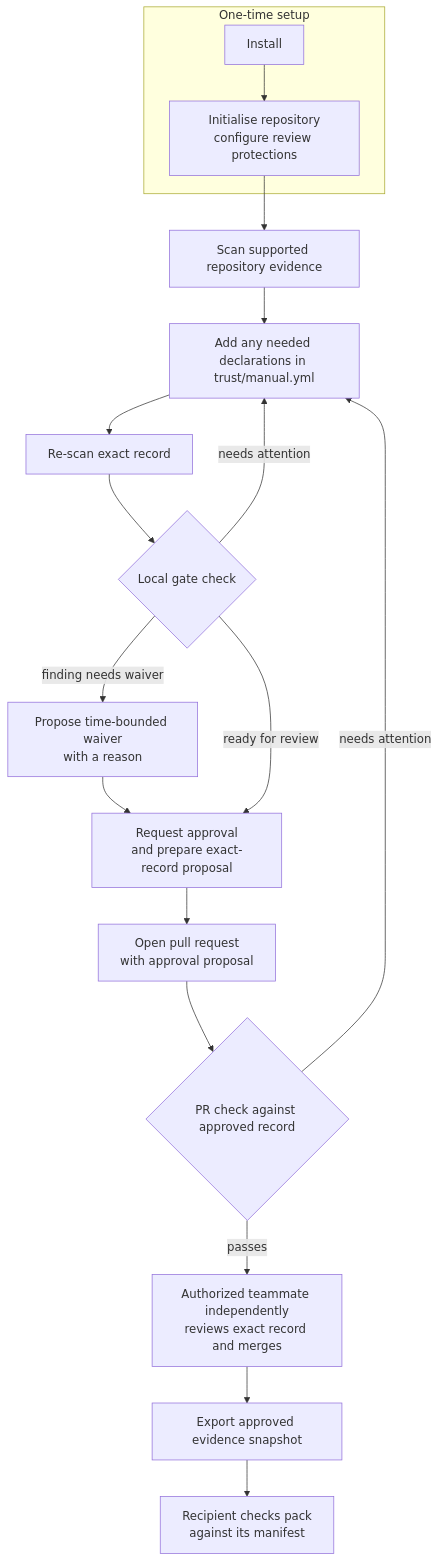
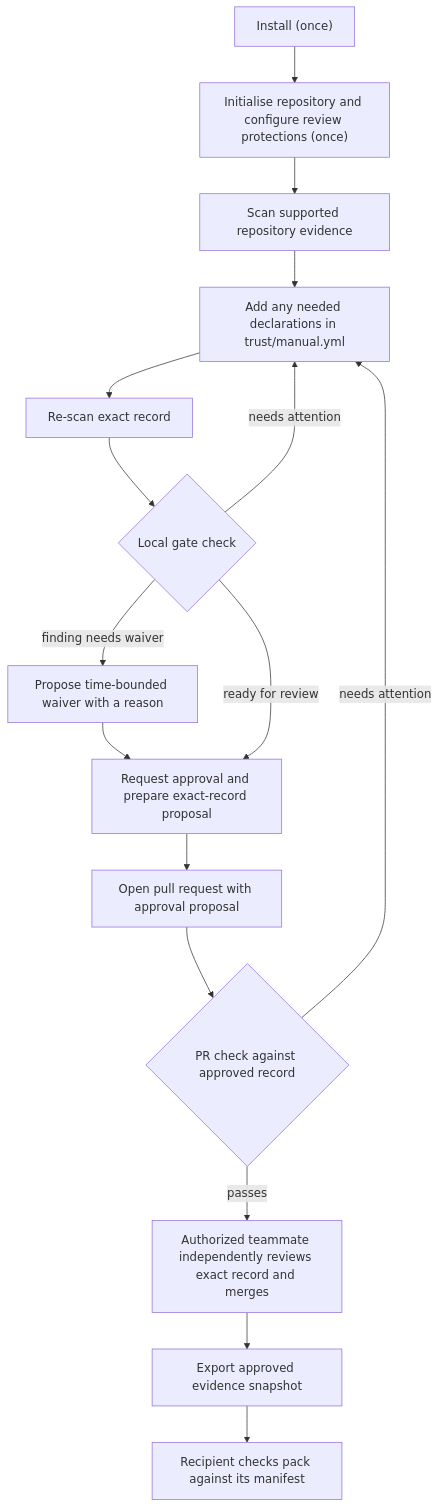
One commit to resolveinterim/aitrustbom-releases changed the diagram in docs/workflow.md. Above: the diagram before and after it, drawn with Mermaid. The commit also changed 1 other file, not shown here.

Commit message:
Fix for workflow diagram

````diff
--- a/docs/workflow.md
+++ b/docs/workflow.md
@@ -12,20 +12,18 @@
 ```mermaid
 flowchart TD
-  subgraph once [One-time setup]
-    A[Install] --> B[Initialise repository<br/>configure review protections]
-  end
-  B --> C[Scan supported repository evidence]
-  C --> D[Add any needed declarations in trust/manual.yml]
-  D --> C2[Re-scan exact record]
-  C2 --> L{Local gate check}
-  L -- needs attention --> D
-  L -- finding needs waiver --> W[Propose time-bounded waiver<br/>with a reason]
-  W --> R[Request approval<br/>and prepare exact-record proposal]
-  L -- ready for review --> R
-  R --> P[Open pull request<br/>with approval proposal]
-  P --> E{PR check against approved record}
-  E -- needs attention --> D
-  E -- passes --> G[Authorized teammate independently<br/>reviews exact record and merges]
-  G --> H[Export approved evidence snapshot]
-  H --> I[Recipient checks pack<br/>against its manifest]
+  A["Install (once)"] --> B["Initialise repository and configure review protections (once)"]
+  B --> C["Scan supported repository evidence"]
+  C --> D["Add any needed declarations in trust/manual.yml"]
+  D --> C2["Re-scan exact record"]
+  C2 --> L{"Local gate check"}
+  L -->|needs attention| D
+  L -->|finding needs waiver| W["Propose time-bounded waiver with a reason"]
+  W --> R["Request approval and prepare exact-record proposal"]
+  L -->|ready for review| R
+  R --> P["Open pull request with approval proposal"]
+  P --> E{"PR check against approved record"}
+  E -->|needs attention| D
+  E -->|passes| G["Authorized teammate independently reviews exact record and merges"]
+  G --> H["Export approved evidence snapshot"]
+  H --> I["Recipient checks pack against its manifest"]
 ```
````
